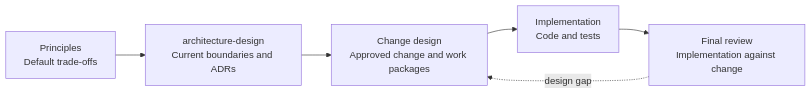
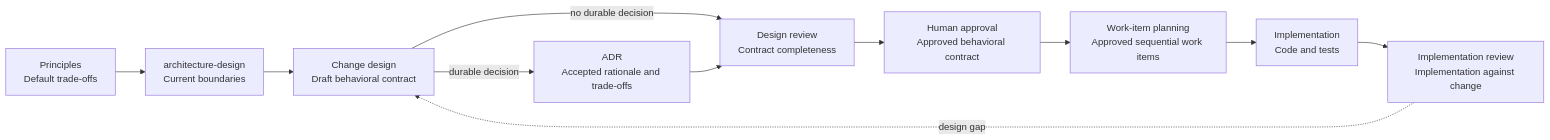
One commit to TedToolkit/skills changed the diagram in README.md. Above: the diagram before and after it, drawn with Mermaid. The commit also changed other lines of this file and 43 other files, not shown here.

````diff
--- a/README.md
+++ b/README.md
@@ -34,8 +34,13 @@
 ```mermaid
 flowchart LR
-  P["Principles\nDefault trade-offs"] --> A["architecture-design\nCurrent boundaries and ADRs"]
-  A --> D["Change design\nApproved change and work packages"]
-  D --> I["Implementation\nCode and tests"]
-  I --> R["Final review\nImplementation against change"]
+  P["Principles\nDefault trade-offs"] --> A["architecture-design\nCurrent boundaries"]
+  A --> D["Change design\nDraft behavioral contract"]
+  D -->|"durable decision"| ADR["ADR\nAccepted rationale and trade-offs"]
+  D -->|"no durable decision"| Q["Design review\nContract completeness"]
+  ADR --> Q
+  Q --> V["Human approval\nApproved behavioral contract"]
+  V --> W["Work-item planning\nApproved sequential work items"]
+  W --> I["Implementation\nCode and tests"]
+  I --> R["Implementation review\nImplementation against change"]
   R -. "design gap" .-> D
 ```
````
